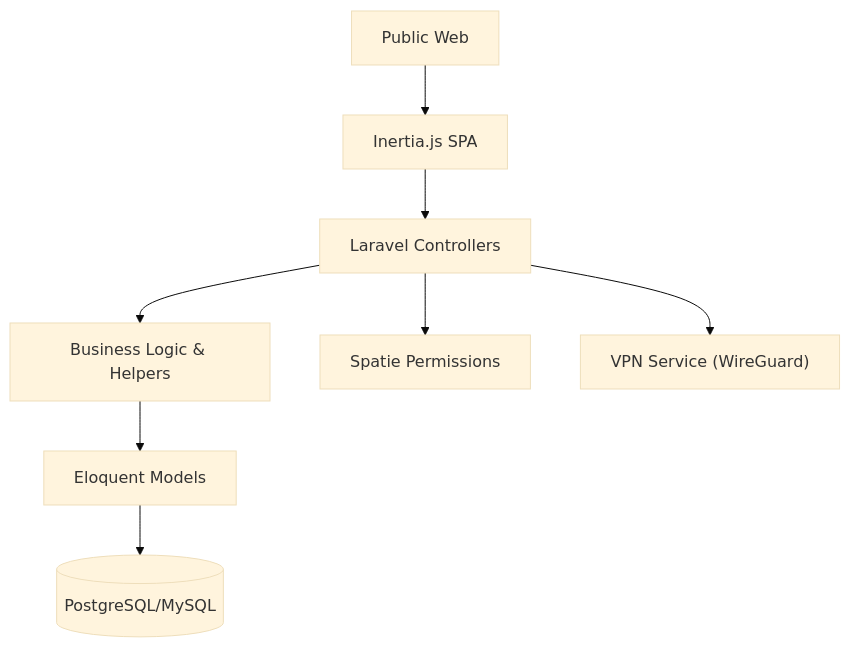
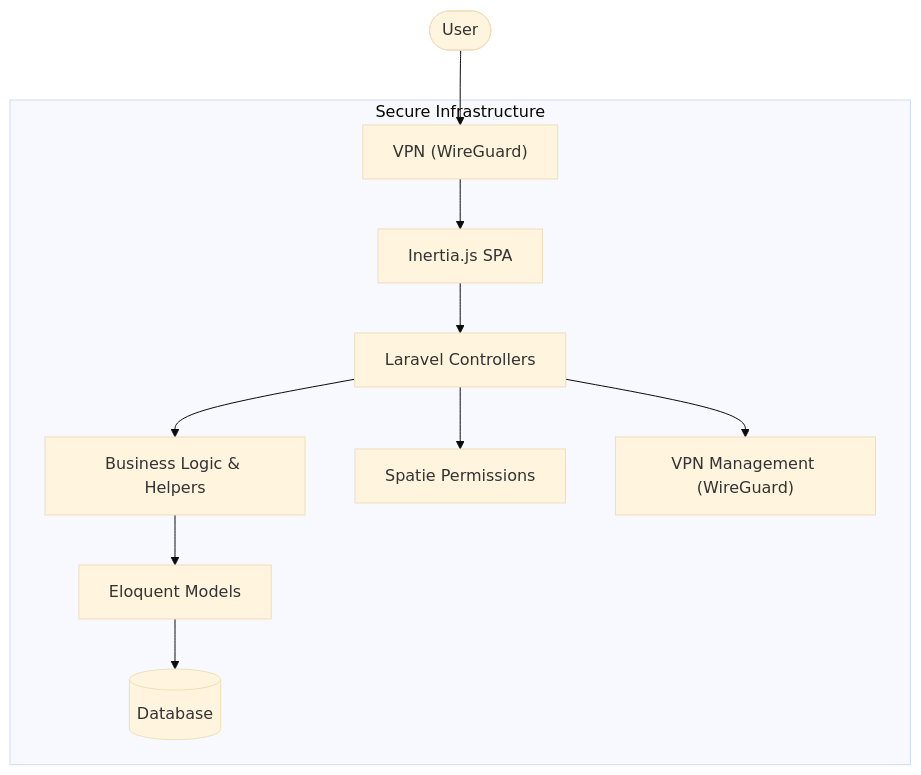
The second of 2 diagrams in README.md (francishift/Labs-Backend-FrancisV), drawn with Mermaid (base theme) before and after one commit. The commit also changed other lines of this file, not shown here.

Commit message:
Update architecture diagram to reflect VPN requirement

````diff
--- a/README.md
+++ b/README.md
@@ -161,10 +164,13 @@
 ```mermaid
 graph TD
-    A[Public Web] --> B[Inertia.js SPA]
+    User([User]) --> VPN["VPN (WireGuard)"]
+    subgraph "Secure Infrastructure"
+    VPN --> B[Inertia.js SPA]
     B --> C[Laravel Controllers]
     C --> D[Business Logic & Helpers]
     D --> E[Eloquent Models]
-    E --> F[(PostgreSQL/MySQL)]
+    E --> F[(Database)]
     C --> G[Spatie Permissions]
-    C --> H["VPN Service (WireGuard)"]
+    C --> H["VPN Management (WireGuard)"]
+    end
 ```
````
